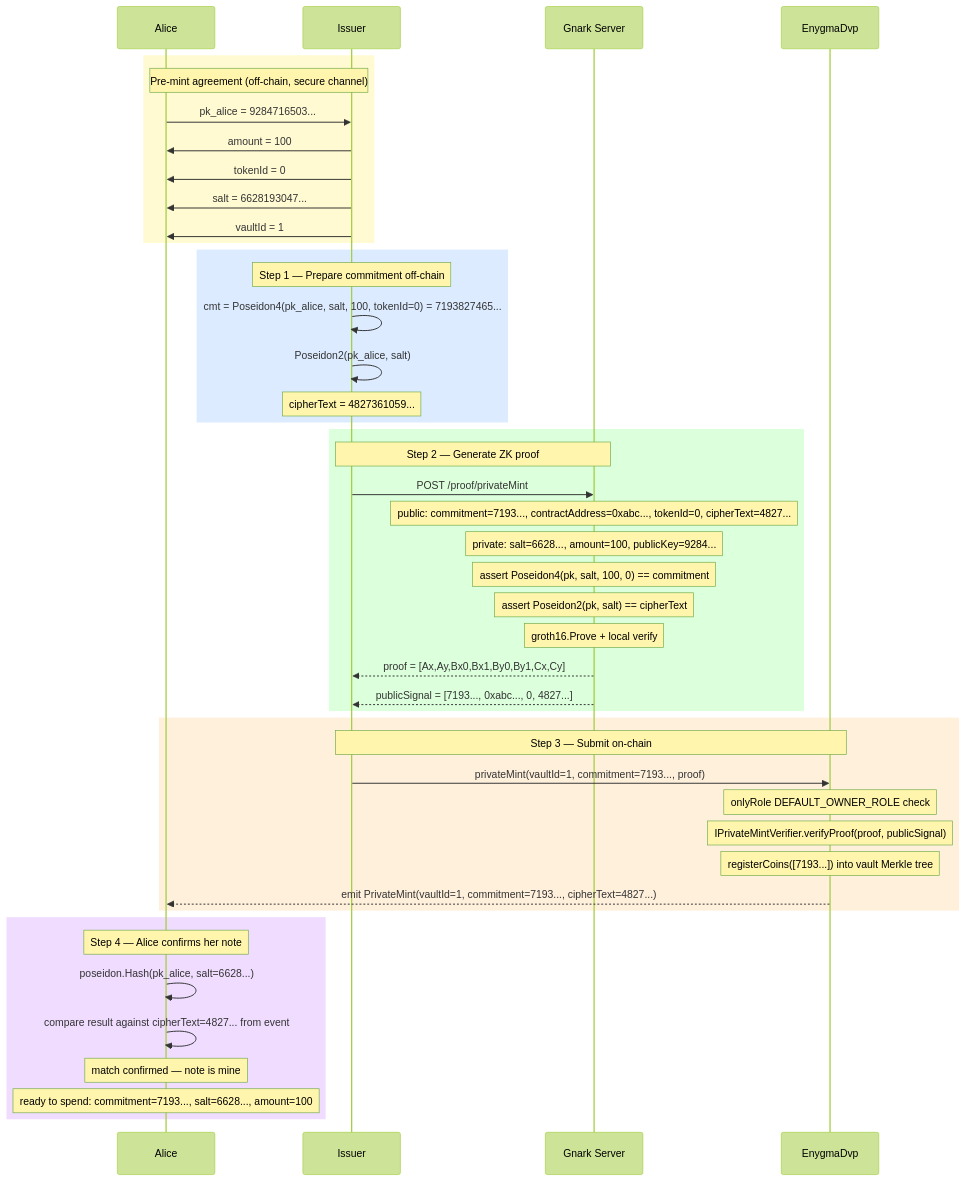
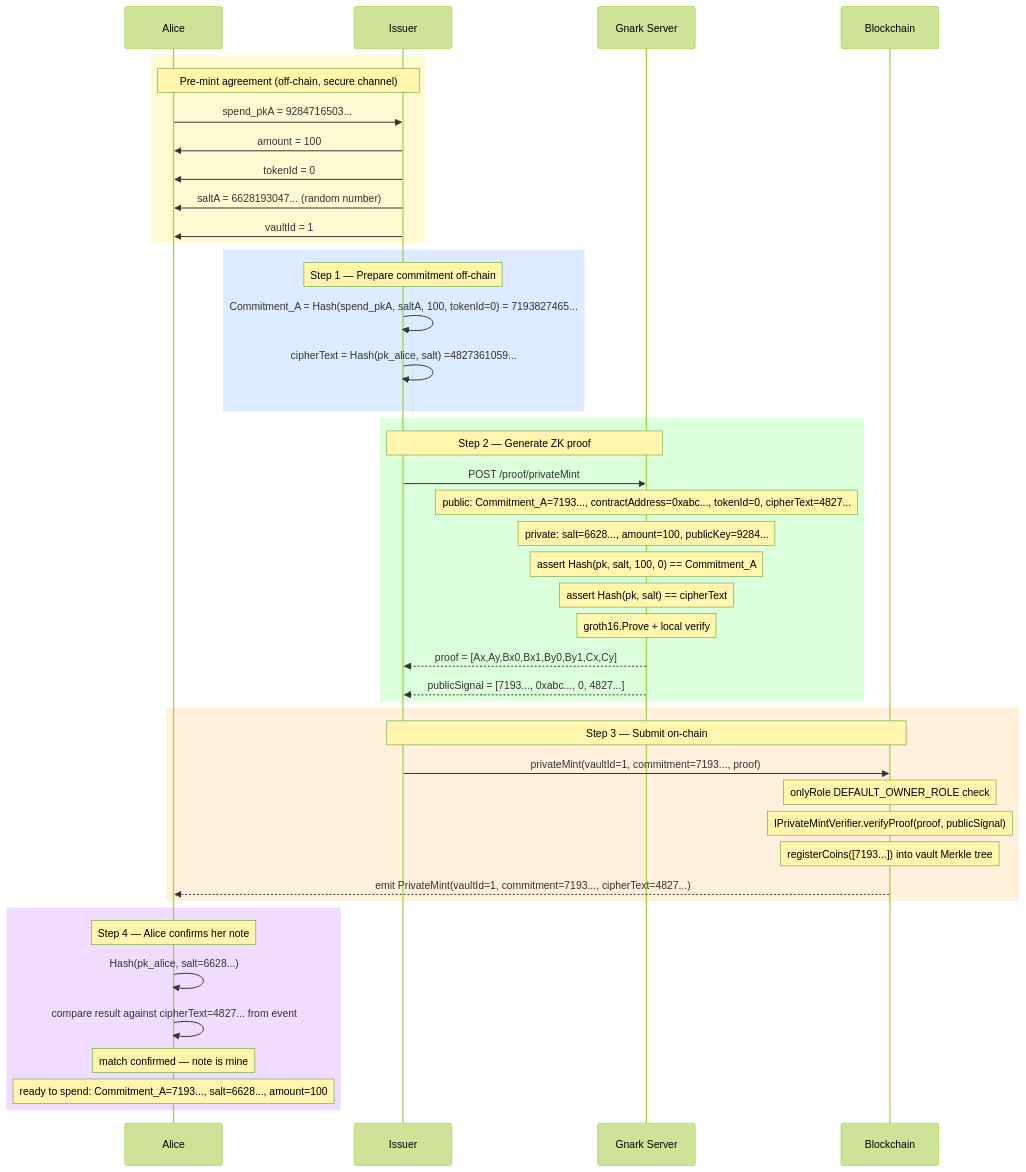
The diagram in enygma_dvp/docs/flows/02_private_mint.md (yaksetig/Enygma), drawn with Mermaid (forest theme) before and after one commit. The commit also changed 53 other files, not shown here.

````diff
--- a/enygma_dvp/docs/flows/02_private_mint.md
+++ b/enygma_dvp/docs/flows/02_private_mint.md
@@ -98,60 +98,60 @@
 ```mermaid
 sequenceDiagram
     participant Alice
     participant Issuer
     participant Gnark as Gnark Server
-    participant DVP as EnygmaDvp
+    participant DVP as Blockchain
 
     rect rgb(255, 250, 210)
         Note over Alice,Issuer: Pre-mint agreement (off-chain, secure channel)
 
-        Alice->>Issuer: pk_alice = 9284716503...
+        Alice->>Issuer: spend_pkA = 9284716503...
         Issuer->>Alice: amount = 100
         Issuer->>Alice: tokenId = 0
-        Issuer->>Alice: salt = 6628193047...
+        Issuer->>Alice: saltA = 6628193047... (random number)
         Issuer->>Alice: vaultId = 1
     end
 
     rect rgb(220, 235, 255)
         Note over Issuer: Step 1 — Prepare commitment off-chain
 
-        Issuer->>Issuer: cmt = Poseidon4(pk_alice, salt, 100, tokenId=0) = 7193827465...
+        Issuer->>Issuer: Commitment_A = Hash(spend_pkA, saltA, 100, tokenId=0) = 7193827465...
 
-        Issuer->>Issuer: Poseidon2(pk_alice, salt)
-        Note over Issuer: cipherText = 4827361059...
+        Issuer->>Issuer: cipherText = Hash(pk_alice, salt) =4827361059...
+
     end
 
     rect rgb(220, 255, 220)
         Note over Issuer,Gnark: Step 2 — Generate ZK proof
 
         Issuer->>Gnark: POST /proof/privateMint
-        Note over Gnark: public:  commitment=7193..., contractAddress=0xabc..., tokenId=0, cipherText=4827...
+        Note over Gnark: public:  Commitment_A=7193..., contractAddress=0xabc..., tokenId=0, cipherText=4827...
         Note over Gnark: private: salt=6628..., amount=100, publicKey=9284...
-        Note over Gnark: assert Poseidon4(pk, salt, 100, 0) == commitment
-        Note over Gnark: assert Poseidon2(pk, salt) == cipherText
+        Note over Gnark: assert Hash(pk, salt, 100, 0) == Commitment_A
+        Note over Gnark: assert Hash(pk, salt) == cipherText
         Note over Gnark: groth16.Prove + local verify
 
         Gnark-->>Issuer: proof = [Ax,Ay,Bx0,Bx1,By0,By1,Cx,Cy]
         Gnark-->>Issuer: publicSignal = [7193..., 0xabc..., 0, 4827...]
     end
 
     rect rgb(255, 240, 220)
         Note over Issuer,DVP: Step 3 — Submit on-chain
 
         Issuer->>DVP: privateMint(vaultId=1, commitment=7193..., proof)
         Note over DVP: onlyRole DEFAULT_OWNER_ROLE check
         Note over DVP: IPrivateMintVerifier.verifyProof(proof, publicSignal)
         Note over DVP: registerCoins([7193...]) into vault Merkle tree
 
         DVP-->>Alice: emit PrivateMint(vaultId=1, commitment=7193..., cipherText=4827...)
     end
 
     rect rgb(240, 220, 255)
         Note over Alice: Step 4 — Alice confirms her note
 
-        Alice->>Alice: poseidon.Hash(pk_alice, salt=6628...)
+        Alice->>Alice: Hash(pk_alice, salt=6628...)
         Alice->>Alice: compare result against cipherText=4827... from event
         Note over Alice: match confirmed — note is mine
-        Note over Alice: ready to spend: commitment=7193..., salt=6628..., amount=100
+        Note over Alice: ready to spend: Commitment_A=7193..., salt=6628..., amount=100
     end
 ```
````
